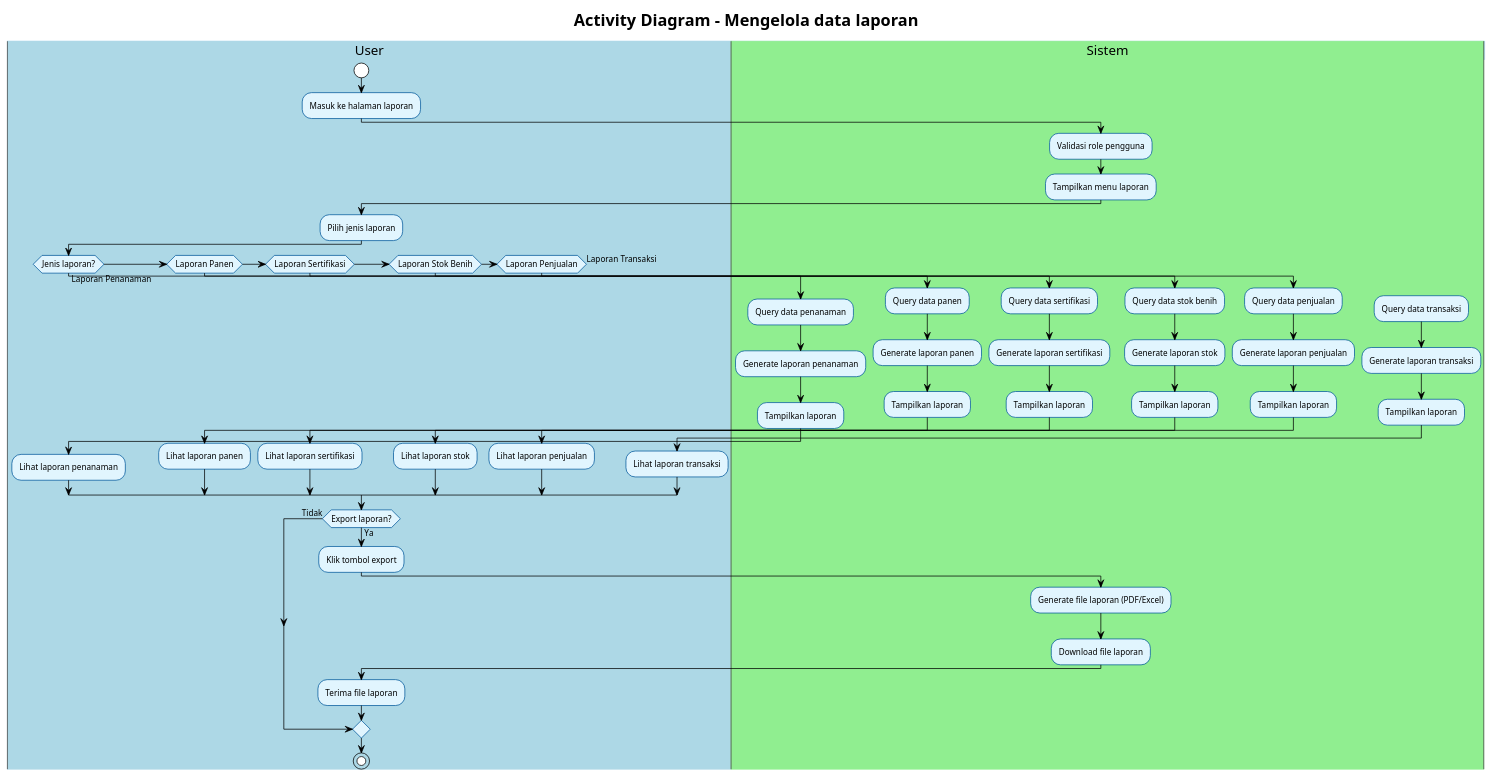
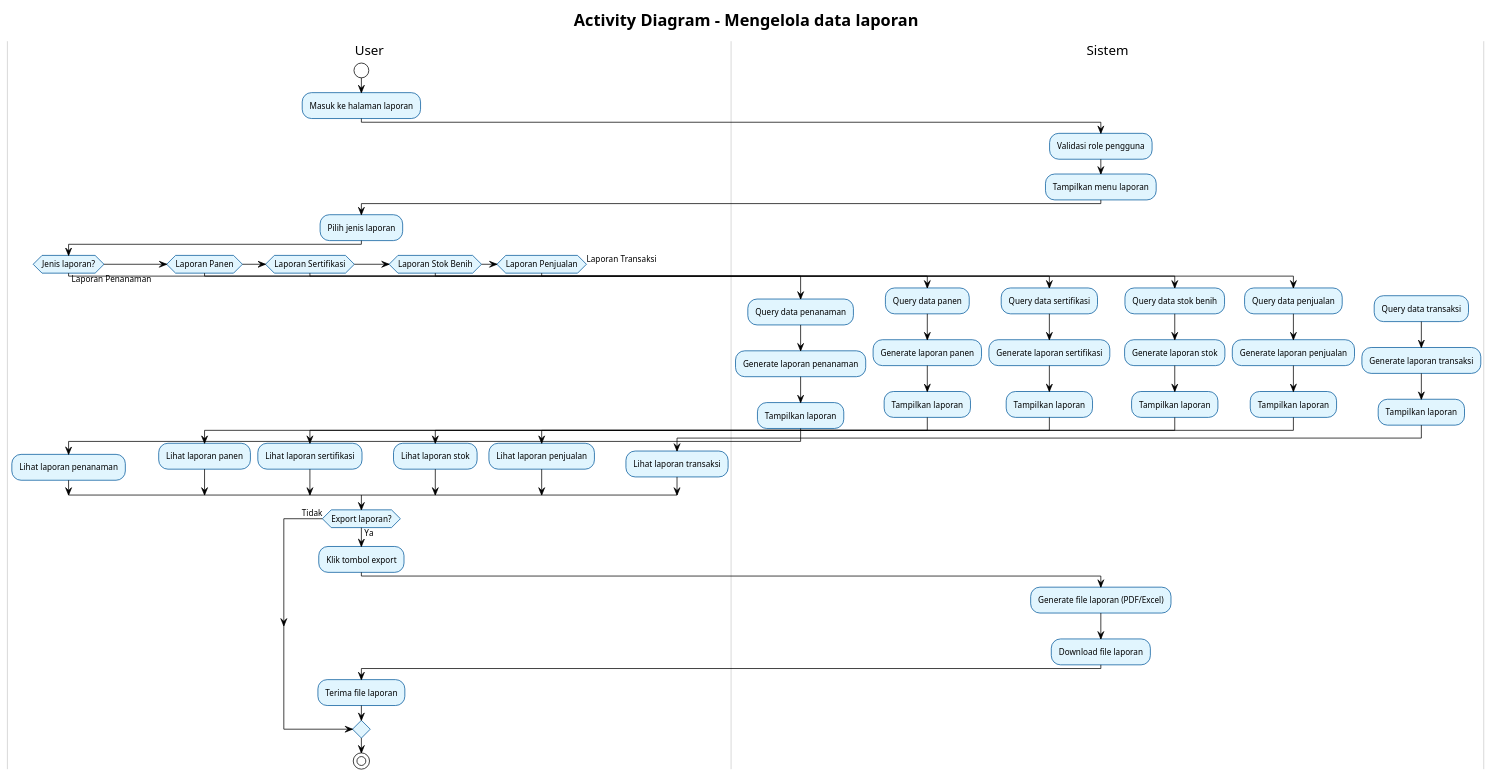
One commit to Rifkiwastaken/example-app changed the diagram in uml/activity/Activity new/18_kelola_data_laporan.puml. Above: the diagram before and after it, drawn with PlantUML. The commit also changed 441 other files, not shown here.

```diff
--- a/uml/activity/Activity new/18_kelola_data_laporan.puml
+++ b/uml/activity/Activity new/18_kelola_data_laporan.puml
@@ -1,88 +1,89 @@
 @startuml
 ' Referensi: Use Case Overview (00_use_case_overview.puml)
 ' Use case 18: Mengelola data laporan
 ' Aktor: Admin/Kepala Sek, Petugas BBI
 !theme plain
+skinparam backgroundColor white
 skinparam activity {
     BackgroundColor #E1F5FE
     BorderColor #01579B
     FontSize 11
 }
 skinparam swimlane {
-    BackgroundColor #F5F5F5
-    BorderColor #424242
-    TitleBackgroundColor #BBDEFB
-    TitleBorderColor #1976D2
+    BackgroundColor White
+    BorderColor #CCCCCC
+    TitleBackgroundColor White
+    TitleBorderColor #999999
 }
 
 title Activity Diagram - Mengelola data laporan
 
-|#LightBlue|User|
+|#White|User|
 start
 :Masuk ke halaman laporan;
 
-|#LightGreen|Sistem|
+|#White|Sistem|
 :Validasi role pengguna;
 :Tampilkan menu laporan;
 
-|#LightBlue|User|
+|#White|User|
 :Pilih jenis laporan;
 
 if (Jenis laporan?) then (Laporan Penanaman)
-    |#LightGreen|Sistem|
+    |#White|Sistem|
     :Query data penanaman;
     :Generate laporan penanaman;
     :Tampilkan laporan;
-    |#LightBlue|User|
+    |#White|User|
     :Lihat laporan penanaman;
 elseif (Laporan Panen)
-    |#LightGreen|Sistem|
+    |#White|Sistem|
     :Query data panen;
     :Generate laporan panen;
     :Tampilkan laporan;
-    |#LightBlue|User|
+    |#White|User|
     :Lihat laporan panen;
 elseif (Laporan Sertifikasi)
-    |#LightGreen|Sistem|
+    |#White|Sistem|
     :Query data sertifikasi;
     :Generate laporan sertifikasi;
     :Tampilkan laporan;
-    |#LightBlue|User|
+    |#White|User|
     :Lihat laporan sertifikasi;
 elseif (Laporan Stok Benih)
-    |#LightGreen|Sistem|
+    |#White|Sistem|
     :Query data stok benih;
     :Generate laporan stok;
     :Tampilkan laporan;
-    |#LightBlue|User|
+    |#White|User|
     :Lihat laporan stok;
 elseif (Laporan Penjualan)
-    |#LightGreen|Sistem|
+    |#White|Sistem|
     :Query data penjualan;
     :Generate laporan penjualan;
     :Tampilkan laporan;
-    |#LightBlue|User|
+    |#White|User|
     :Lihat laporan penjualan;
 else (Laporan Transaksi)
-    |#LightGreen|Sistem|
+    |#White|Sistem|
     :Query data transaksi;
     :Generate laporan transaksi;
     :Tampilkan laporan;
-    |#LightBlue|User|
+    |#White|User|
     :Lihat laporan transaksi;
 endif
 
 if (Export laporan?) then (Ya)
-    |#LightBlue|User|
+    |#White|User|
     :Klik tombol export;
-    |#LightGreen|Sistem|
+    |#White|Sistem|
     :Generate file laporan (PDF/Excel);
     :Download file laporan;
-    |#LightBlue|User|
+    |#White|User|
     :Terima file laporan;
 else (Tidak)
 endif
 
 stop
 
 @enduml
```
